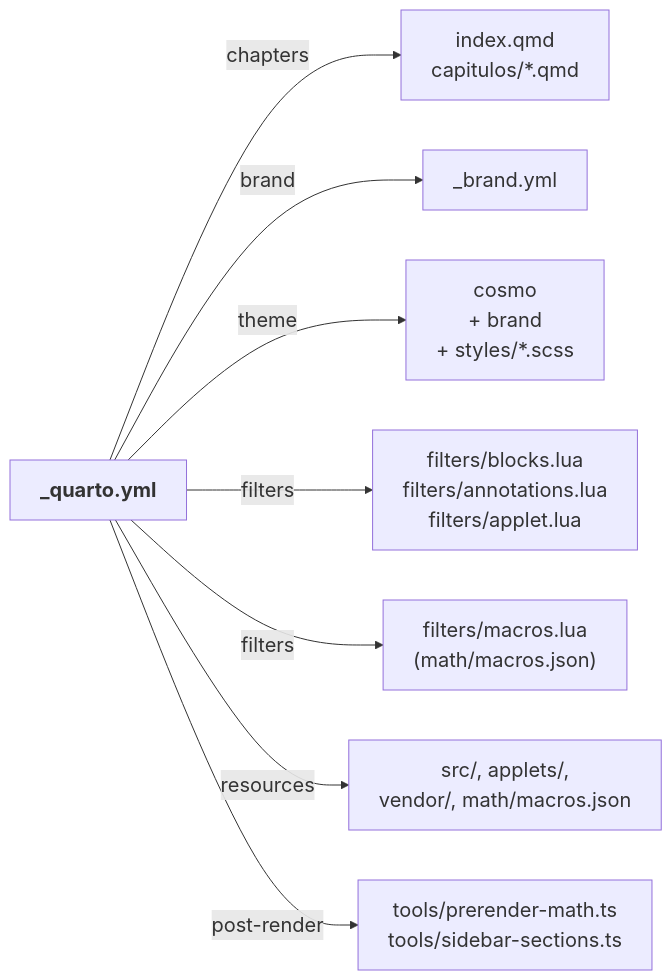
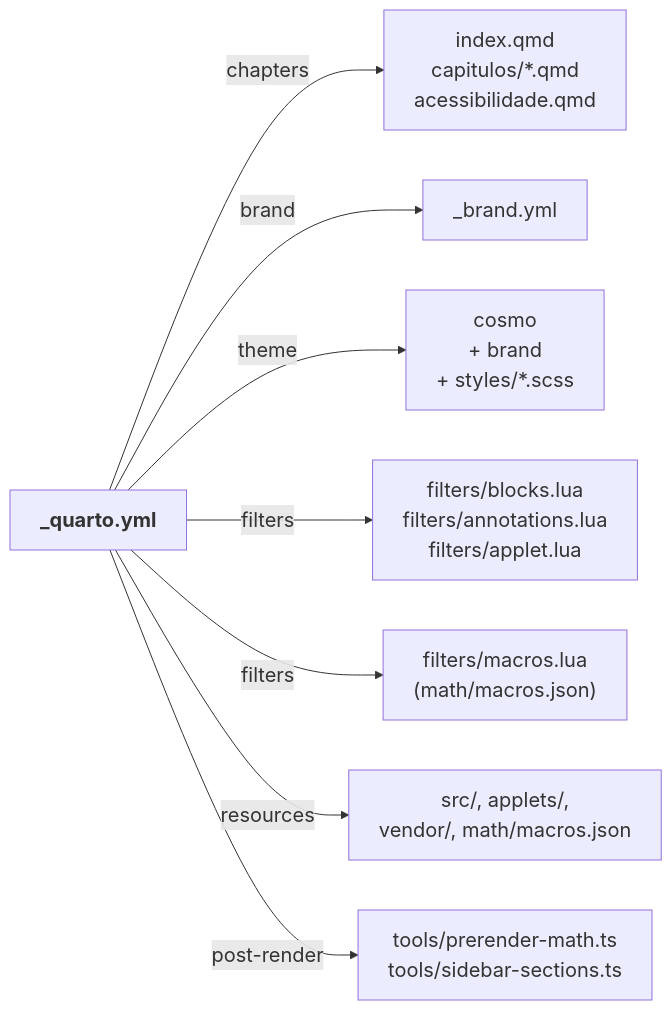
Before and after one commit to lcmerlo/livro-online-fcg: the second of 9 diagrams in _interno/diretrizes/arquitetura.md, drawn with Mermaid. The commit also changed other lines of this file and 5 other files, not shown here.

````diff
--- a/_interno/diretrizes/arquitetura.md
+++ b/_interno/diretrizes/arquitetura.md
@@ -267,12 +269,12 @@
 ```mermaid
 %%{init: {"themeVariables": {"fontSize": "20px"}, "flowchart": {"wrappingWidth": 420}}}%%
 flowchart LR
     quarto["<b>_quarto.yml</b>"]
-    quarto -->|"chapters"| caps["index.qmd<br/>capitulos/*.qmd"]
+    quarto -->|"chapters"| caps["index.qmd<br/>capitulos/*.qmd<br/>acessibilidade.qmd"]
     quarto -->|"brand"| brand["_brand.yml"]
     quarto -->|"theme"| tema["cosmo<br/>+ brand<br/>+ styles/*.scss"]
     quarto -->|"filters"| blocos["filters/blocks.lua<br/>filters/annotations.lua<br/>filters/applet.lua"]
     quarto -->|"filters"| macros["filters/macros.lua<br/>(math/macros.json)"]
     quarto -->|"resources"| res["src/, applets/,<br/>vendor/, math/macros.json"]
     quarto -->|"post-render"| pre["tools/prerender-math.ts<br/>tools/sidebar-sections.ts"]
 ```
````
